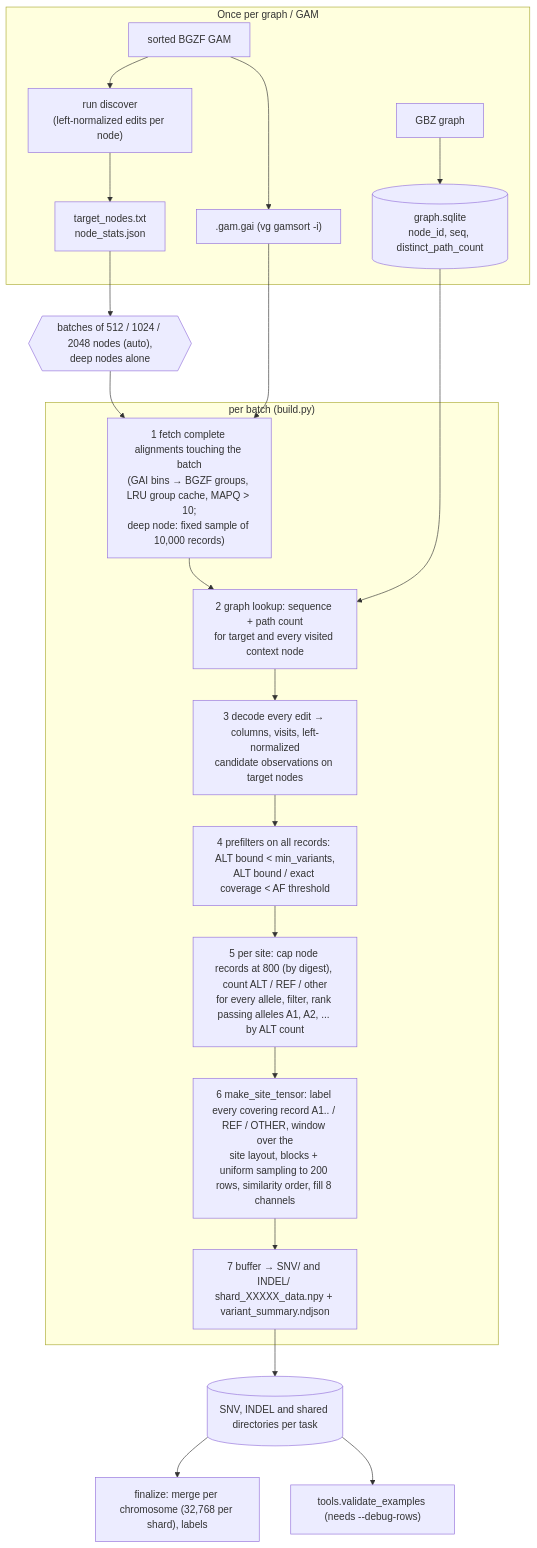
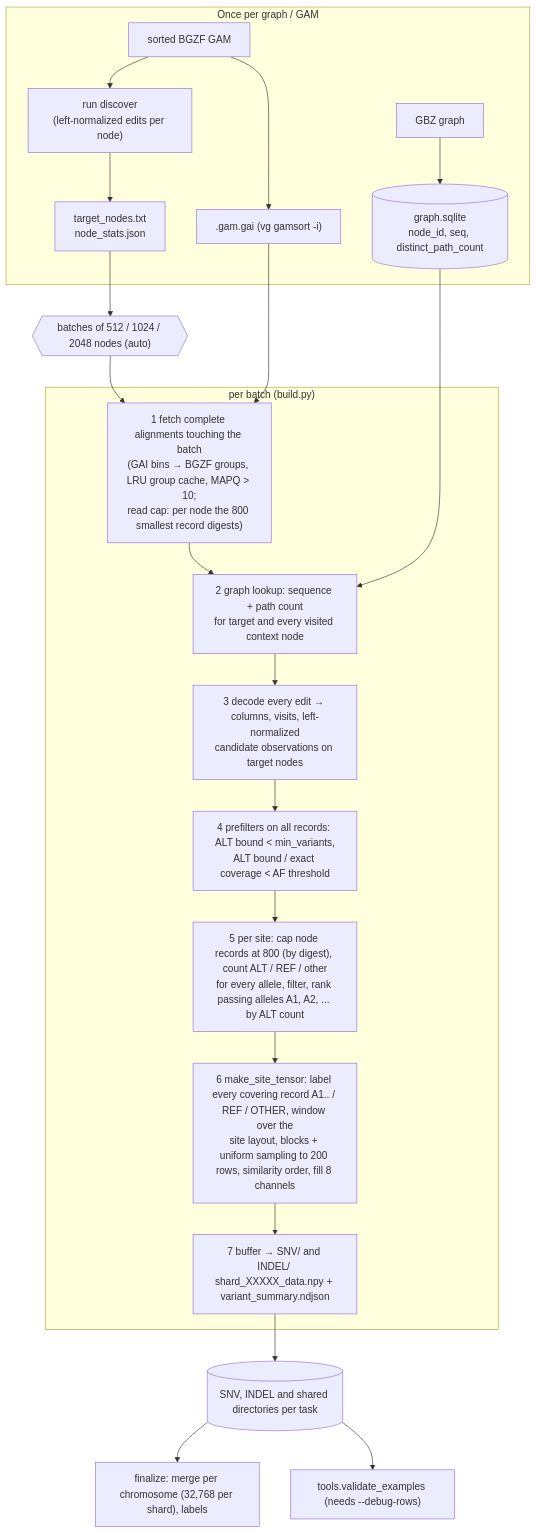
Before and after one commit to Jiawei-Shen/Pansoma: the diagram in indexed_gam_pipeline_v3/README.md, drawn with Mermaid. The commit also changed other lines of this file and 10 other files, not shown here.

````diff
--- a/indexed_gam_pipeline_v3/README.md
+++ b/indexed_gam_pipeline_v3/README.md
@@ -68,26 +69,26 @@
 ```mermaid
 flowchart TD
     subgraph once["Once per graph / GAM"]
         GBZ["GBZ graph"] --> GIDX[("graph.sqlite<br/>node_id, seq, distinct_path_count")]
         GAM["sorted BGZF GAM"] --> GAI[".gam.gai (vg gamsort -i)"]
         GAM --> DISC["run discover<br/>(left-normalized edits per node)"] --> NODES["target_nodes.txt<br/>node_stats.json"]
     end
 
-    NODES --> BATCH{{"batches of 512 / 1024 / 2048 nodes (auto),<br/>deep nodes alone"}}
+    NODES --> BATCH{{"batches of 512 / 1024 / 2048 nodes (auto)"}}
     subgraph batch["per batch (build.py)"]
-        F["1 fetch complete alignments touching the batch<br/>(GAI bins → BGZF groups, LRU group cache, MAPQ > 10;<br/>deep node: fixed sample of 10,000 records)"]
+        F["1 fetch complete alignments touching the batch<br/>(GAI bins → BGZF groups, LRU group cache, MAPQ > 10;<br/>read cap: per node the 800 smallest record digests)"]
         G["2 graph lookup: sequence + path count<br/>for target and every visited context node"]
         D["3 decode every edit → columns, visits, left-normalized<br/>candidate observations on target nodes"]
         P["4 prefilters on all records: ALT bound < min_variants,<br/>ALT bound / exact coverage < AF threshold"]
         C["5 per site: cap node records at 800 (by digest), count ALT / REF / other<br/>for every allele, filter, rank passing alleles A1, A2, ... by ALT count"]
         T["6 make_site_tensor: label every covering record A1.. / REF / OTHER, window over the<br/>site layout, blocks + uniform sampling to 200 rows, similarity order, fill 8 channels"]
         W["7 buffer → SNV/ and INDEL/ shard_XXXXX_data.npy + variant_summary.ndjson"]
         F --> G --> D --> P --> C --> T --> W
     end
     BATCH --> F
     GAI --> F
     GIDX --> G
     W --> OUT[("SNV, INDEL and shared directories per task")]
     OUT --> MERGE["finalize: merge per chromosome (32,768 per shard), labels"]
     OUT --> AUD["tools.validate_examples (needs --debug-rows)"]
 ```
````
